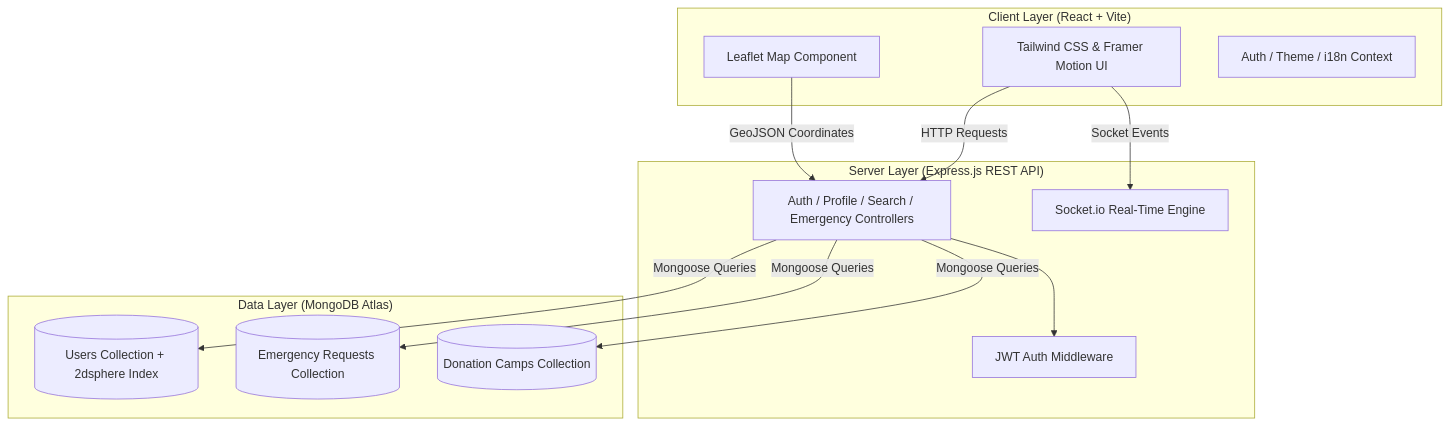
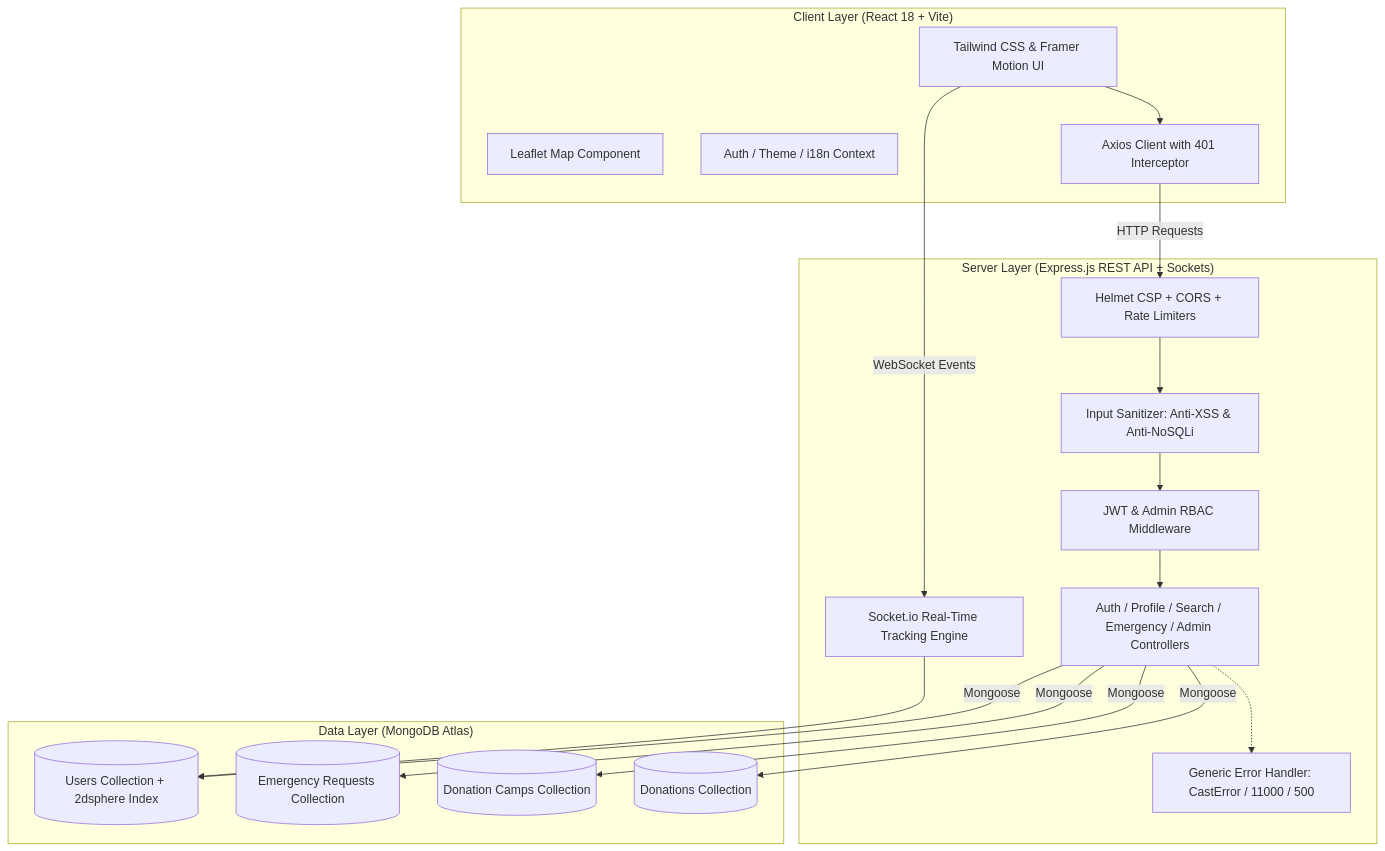
One commit to PranavSharma1008/BloodOcean changed the diagram in README.md. Above: the diagram before and after it, drawn with Mermaid. The commit also changed other lines of this file and 10508 other files, not shown here.

````diff
--- a/README.md
+++ b/README.md
@@ -106,28 +155,38 @@
 ```mermaid
 flowchart TB
-    subgraph Client ["Client Layer (React + Vite)"]
+    subgraph Client ["Client Layer (React 18 + Vite)"]
         UI[Tailwind CSS & Framer Motion UI]
         Maps[Leaflet Map Component]
         Context[Auth / Theme / i18n Context]
+        Axios[Axios Client with 401 Interceptor]
     end
 
-    subgraph API ["Server Layer (Express.js REST API)"]
-        AuthMiddleware[JWT Auth Middleware]
-        Controllers[Auth / Profile / Search / Emergency Controllers]
-        WS[Socket.io Real-Time Engine]
+    subgraph API ["Server Layer (Express.js REST API + Sockets)"]
+        Security[Helmet CSP + CORS + Rate Limiters]
+        Sanitizer[Input Sanitizer: Anti-XSS & Anti-NoSQLi]
+        AuthMiddleware[JWT & Admin RBAC Middleware]
+        Controllers[Auth / Profile / Search / Emergency / Admin Controllers]
+        WS[Socket.io Real-Time Tracking Engine]
+        ErrorHandler[Generic Error Handler: CastError / 11000 / 500]
     end
 
     subgraph Database ["Data Layer (MongoDB Atlas)"]
         UserCol[(Users Collection + 2dsphere Index)]
         ReqCol[(Emergency Requests Collection)]
         CampCol[(Donation Camps Collection)]
+        DonationCol[(Donations Collection)]
     end
 
-    UI -->|HTTP Requests| Controllers
-    UI -->|Socket Events| WS
-    Controllers --> AuthMiddleware
-    Controllers -->|Mongoose Queries| UserCol
-    Controllers -->|Mongoose Queries| ReqCol
-    Controllers -->|Mongoose Queries| CampCol
-    Maps -->|GeoJSON Coordinates| Controllers
+    UI --> Axios
+    Axios -->|HTTP Requests| Security
+    Security --> Sanitizer
+    Sanitizer --> AuthMiddleware
+    AuthMiddleware --> Controllers
+    Controllers -->|Mongoose| UserCol
+    Controllers -->|Mongoose| ReqCol
+    Controllers -->|Mongoose| CampCol
+    Controllers -->|Mongoose| DonationCol
+    Controllers -.-> ErrorHandler
+    UI -->|WebSocket Events| WS
+    WS --> UserCol
 ```
````
